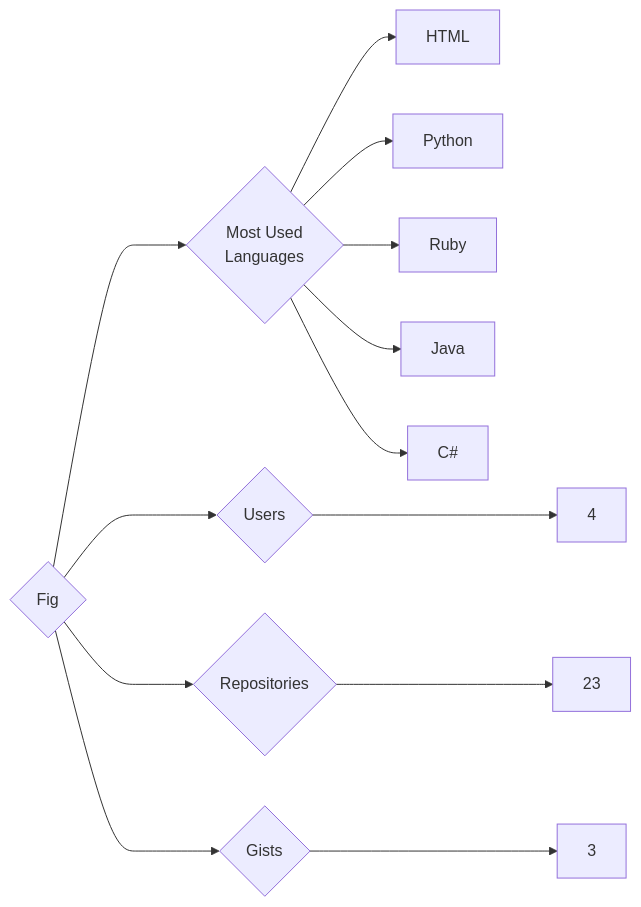
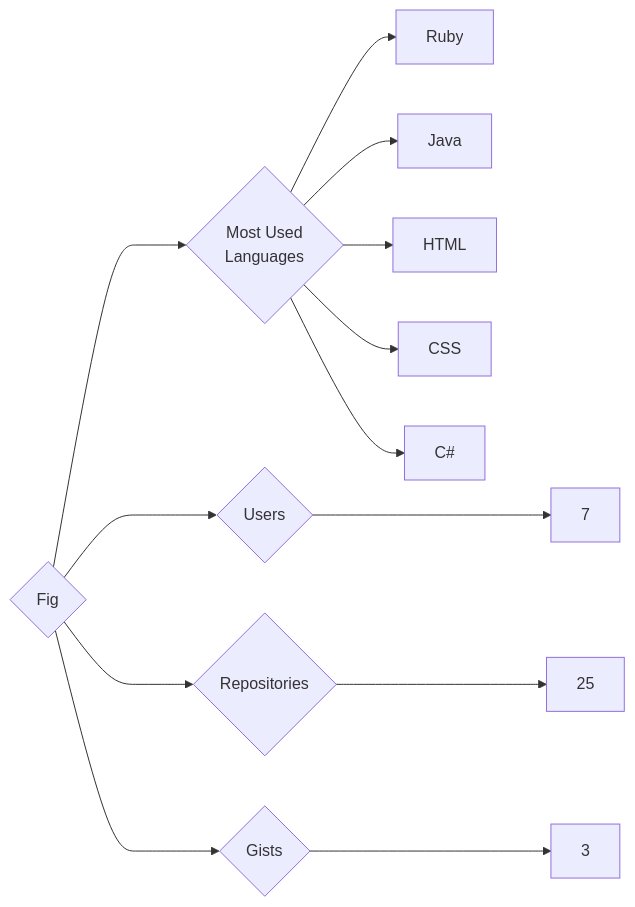
Before and after one commit to trickest/insiders: the diagram in targets/Fig/README.md, drawn with Mermaid. The commit also changed 1055 other files, not shown here.

````diff
--- a/targets/Fig/README.md
+++ b/targets/Fig/README.md
@@ -3,13 +3,13 @@
 ```mermaid
 graph LR
 COMPANY_NAME{Fig}
-COMPANY_NAME ---> U{Users} ---> UN[4]
-COMPANY_NAME ---> R{Repositories} ---> RN[23]
+COMPANY_NAME ---> U{Users} ---> UN[7]
+COMPANY_NAME ---> R{Repositories} ---> RN[25]
 COMPANY_NAME ---> G{Gists} ---> GN[3]
 COMPANY_NAME ---> ML{Most Used<br>Languages}
-ML --> HTML[HTML]
-ML --> Python[Python]
 ML --> Ruby[Ruby]
 ML --> Java[Java]
+ML --> HTML[HTML]
+ML --> CSS[CSS]
 ML --> C#[C#]
 ```
````
